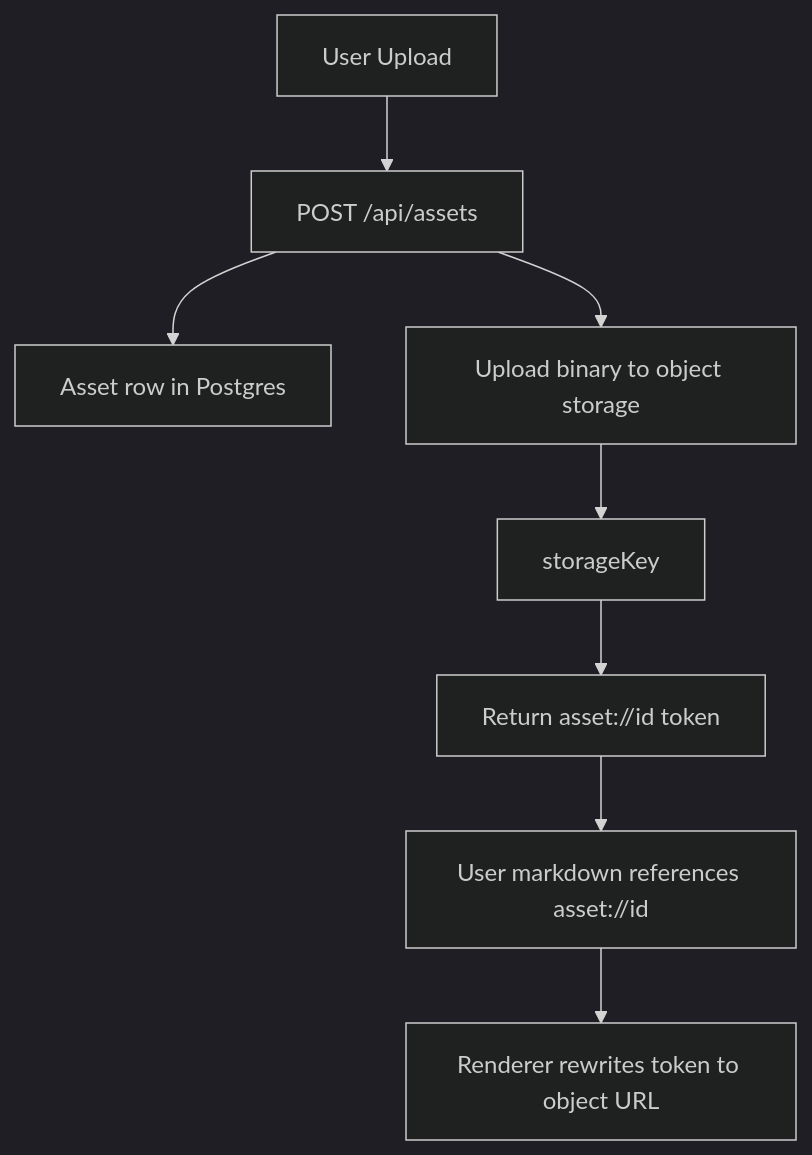
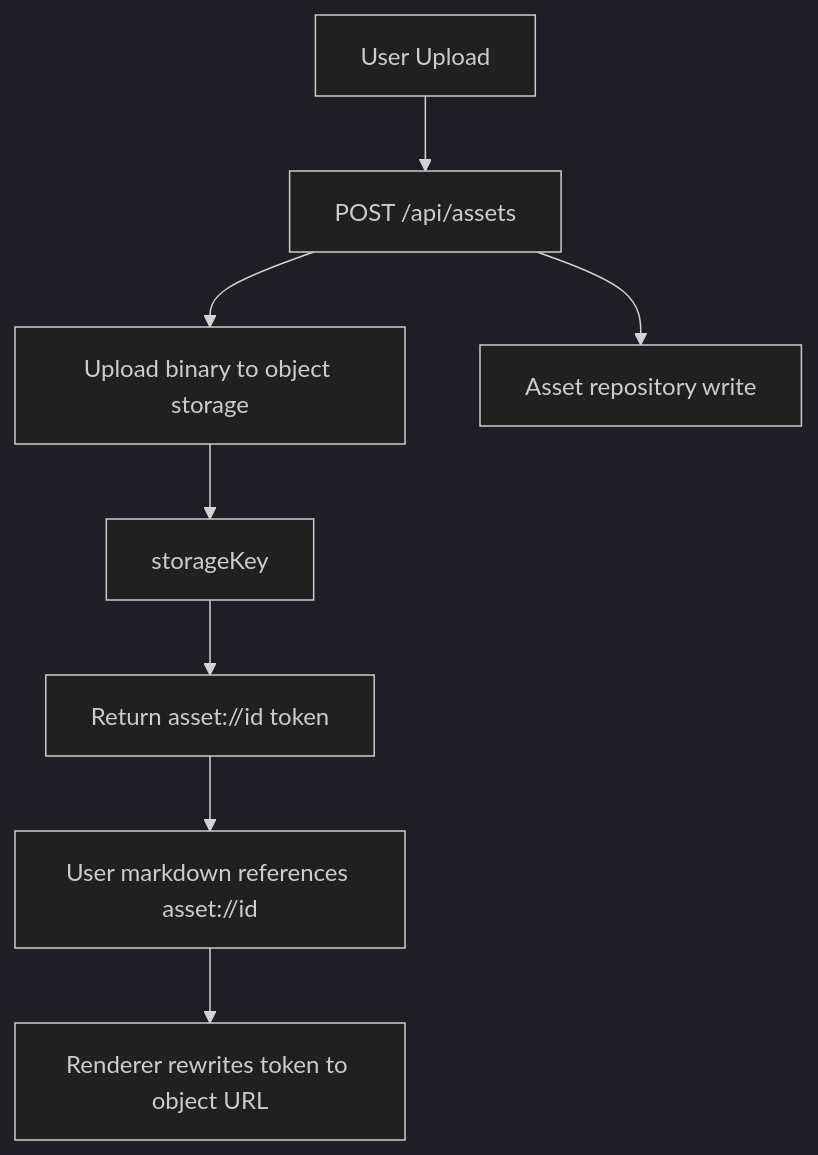
The seventh of 12 diagrams in docs/architecture-guide.md (armaanx/md2pdf), drawn with Mermaid (dark theme) before and after one commit. The commit also changed other lines of this file and 18 other files, not shown here.

Commit message:
docs: update setup and architecture guides

````diff
--- a/docs/architecture-guide.md
+++ b/docs/architecture-guide.md
@@ -617,10 +649,10 @@
 ```mermaid
 flowchart TD
   User["User Upload"] --> Api["POST /api/assets"]
-  Api --> DB["Asset row in Postgres"]
   Api --> Object["Upload binary to object storage"]
   Object --> Key["storageKey"]
+  Api --> DB["Asset repository write"]
   Key --> Token["Return asset://id token"]
   Token --> Markdown["User markdown references asset://id"]
   Markdown --> Rewrite["Renderer rewrites token to object URL"]
 ```
````
